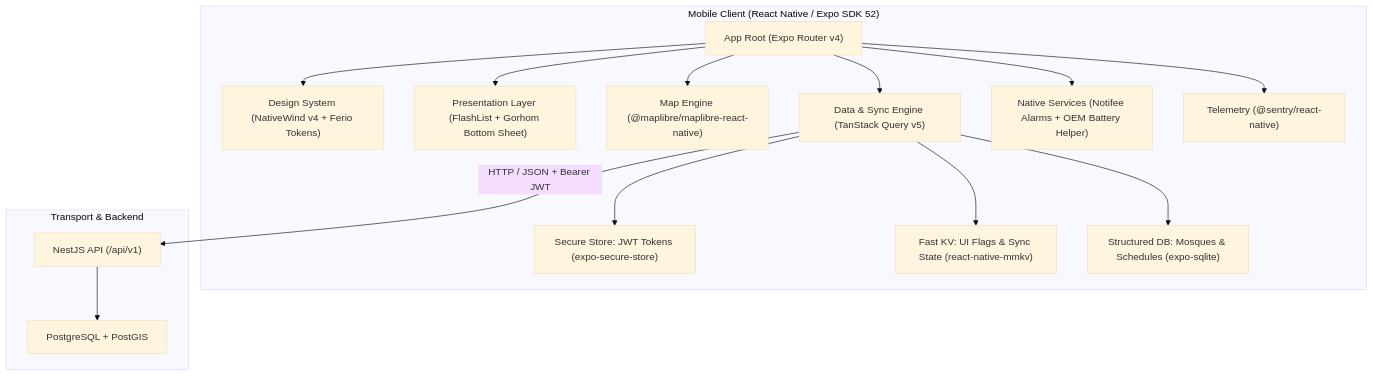
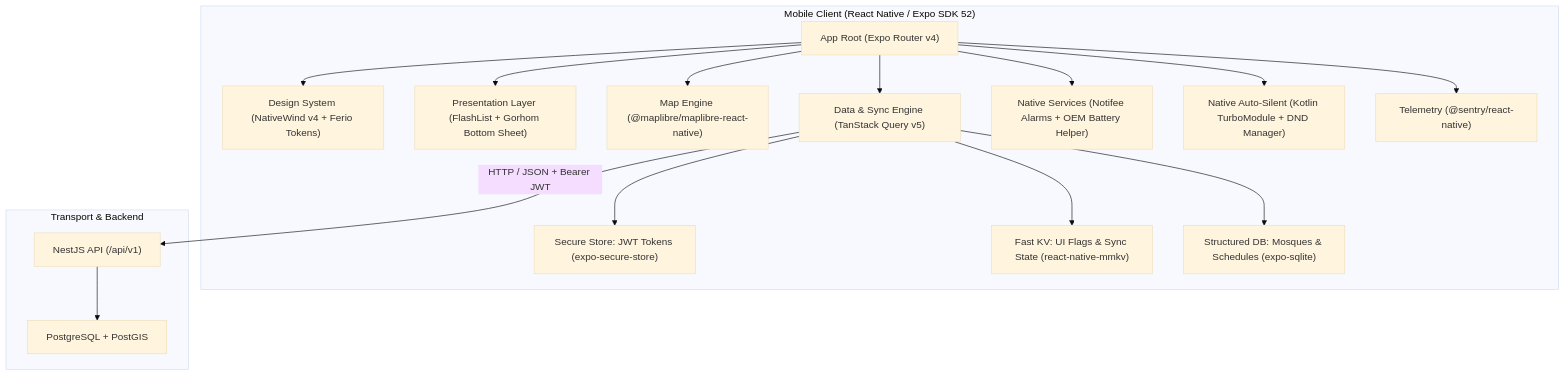
Before and after one commit to MohammadSheakh/bd-masjid: the diagram in _doc/mosque-platform-production-docs/specs/mobile-app-expo/mobile-app-expo.md, drawn with Mermaid (base theme). The commit also changed other lines of this file and 3 other files, not shown here.

First line of the commit message:
docs(mobile): add prayer auto-silent and state-preserving DND specification

````diff
--- a/_doc/mosque-platform-production-docs/specs/mobile-app-expo/mobile-app-expo.md
+++ b/_doc/mosque-platform-production-docs/specs/mobile-app-expo/mobile-app-expo.md
@@ -60,21 +65,22 @@
 ```mermaid
 graph TD
     subgraph "Mobile Client (React Native / Expo SDK 52)"
         A["App Root (Expo Router v4)"] --> B["Design System (NativeWind v4 + Ferio Tokens)"]
         A --> C["Presentation Layer (FlashList + Gorhom Bottom Sheet)"]
         A --> D["Map Engine (@maplibre/maplibre-react-native)"]
         A --> E["Data & Sync Engine (TanStack Query v5)"]
         
         E --> F1["Secure Store: JWT Tokens (expo-secure-store)"]
         E --> F2["Fast KV: UI Flags & Sync State (react-native-mmkv)"]
         E --> F3["Structured DB: Mosques & Schedules (expo-sqlite)"]
         
         A --> G["Native Services (Notifee Alarms + OEM Battery Helper)"]
-        A --> H["Telemetry (@sentry/react-native)"]
+        A --> H["Native Auto-Silent (Kotlin TurboModule + DND Manager)"]
+        A --> I["Telemetry (@sentry/react-native)"]
     end
 
     subgraph "Transport & Backend"
-        E -->|HTTP / JSON + Bearer JWT| I["NestJS API (/api/v1)"]
-        I --> J["PostgreSQL + PostGIS"]
+        E -->|HTTP / JSON + Bearer JWT| J["NestJS API (/api/v1)"]
+        J --> K["PostgreSQL + PostGIS"]
     end
 ```
````
